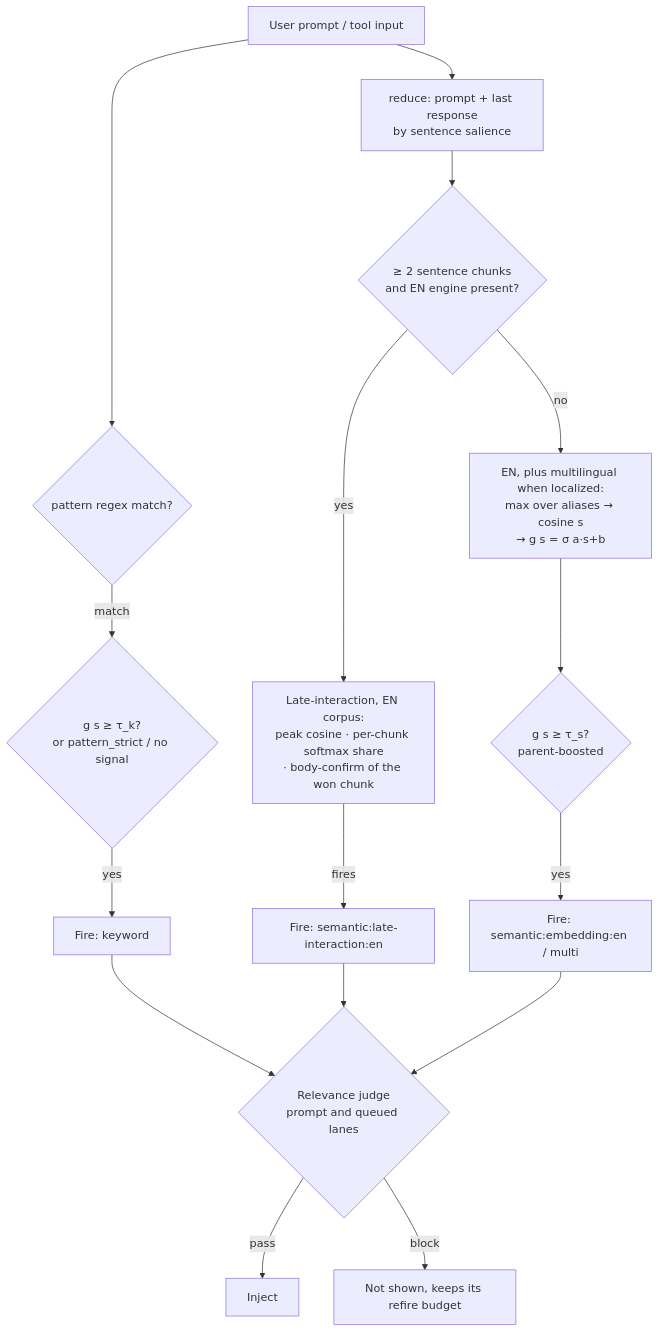
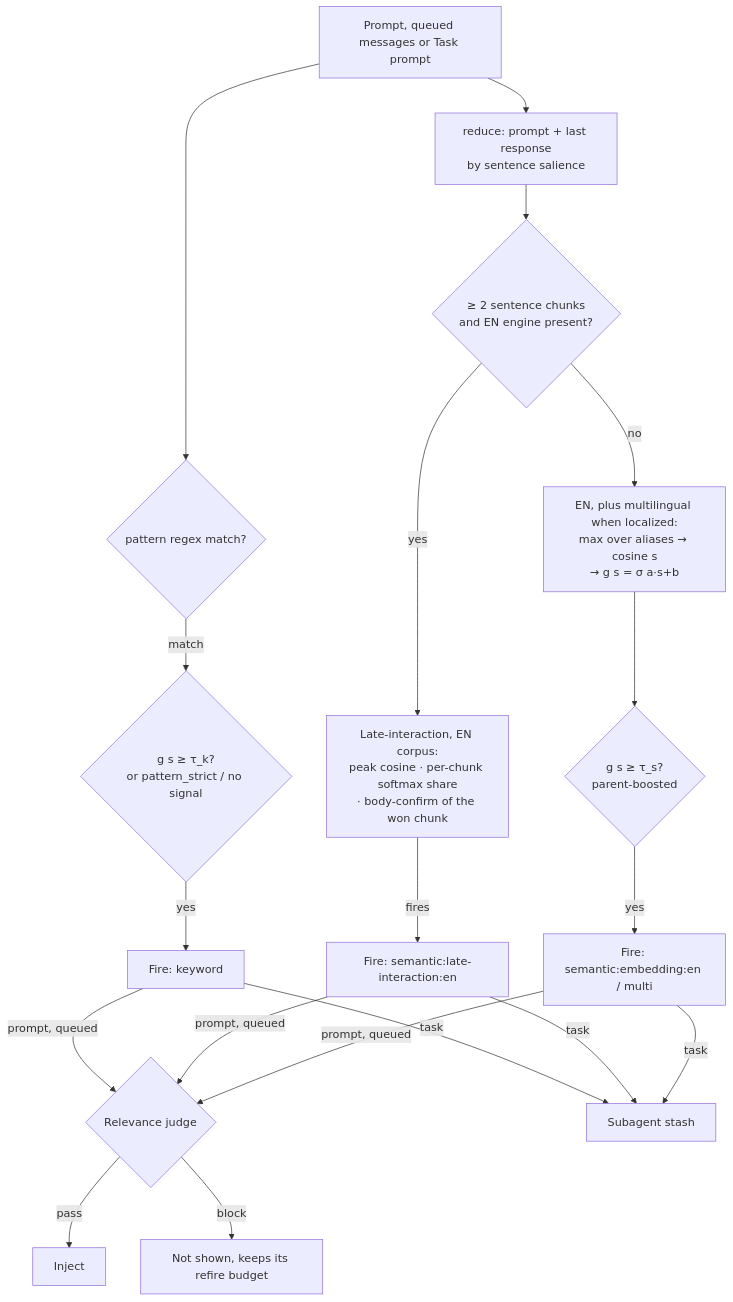
One commit to aaronsb/agent-ways changed the third of 4 diagrams in docs/hooks-and-ways/matching.md. Above: the diagram before and after it, drawn with Mermaid. The commit also changed other lines of this file and 9 other files, not shown here.

First line of the commit message:
docs(architecture): address review: agent scope, fire_score, judge lanes and switches

````diff
--- a/docs/hooks-and-ways/matching.md
+++ b/docs/hooks-and-ways/matching.md
@@ -60,23 +60,26 @@
 ```mermaid
 flowchart TD
-    Q[User prompt / tool input]
+    Q[Prompt, queued messages or Task prompt]
     Q --> Reg{pattern regex match?}
     Q --> RED[reduce: prompt + last response<br/>by sentence salience]
     RED --> CH{≥ 2 sentence chunks<br/>and EN engine present?}
 
     CH -- yes --> LI[Late-interaction, EN corpus:<br/>peak cosine · per-chunk softmax share<br/>· body-confirm of the won chunk]
     LI -- fires --> F2[Fire: semantic:late-interaction:en]
 
     CH -- no --> SV[EN, plus multilingual when localized:<br/>max over aliases → cosine s<br/>→ g s = σ a·s+b]
     SV --> SEM{g s ≥ τ_s?<br/>parent-boosted}
     SEM -- yes --> F3[Fire: semantic:embedding:en / multi]
 
     Reg -- match --> GATE{g s ≥ τ_k?<br/>or pattern_strict / no signal}
     GATE -- yes --> F1[Fire: keyword]
 
-    F1 --> J{Relevance judge<br/>prompt and queued lanes}
-    F2 --> J
-    F3 --> J
+    F1 -- prompt, queued --> J{Relevance judge}
+    F2 -- prompt, queued --> J
+    F3 -- prompt, queued --> J
+    F1 -- task --> ST[Subagent stash]
+    F2 -- task --> ST
+    F3 -- task --> ST
     J -- pass --> IN[Inject]
     J -- block --> BL[Not shown, keeps its refire budget]
 ```
````
